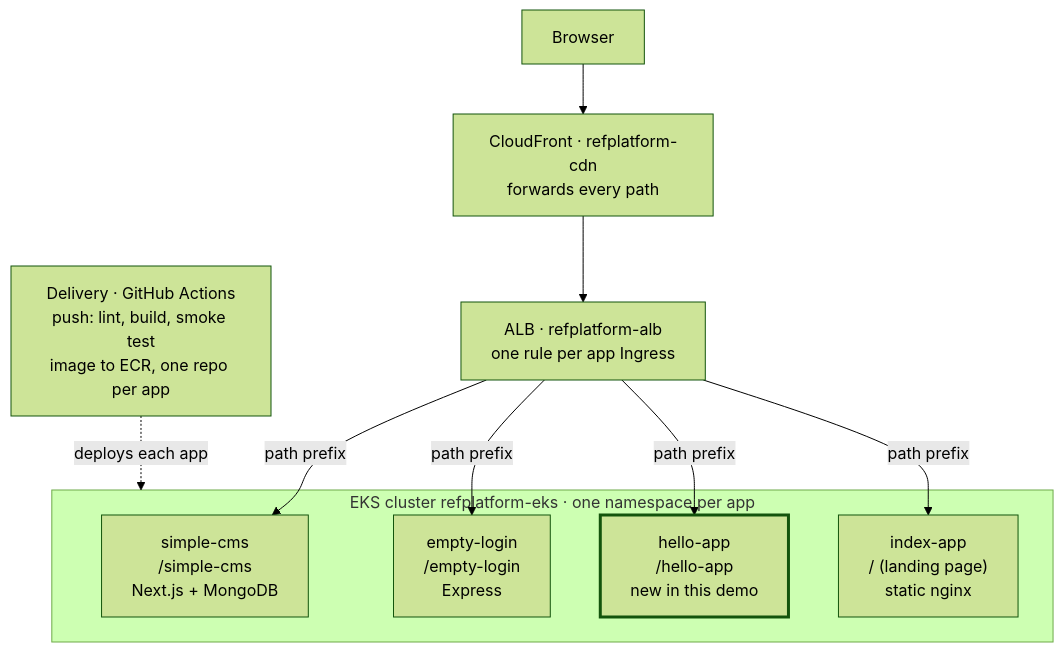
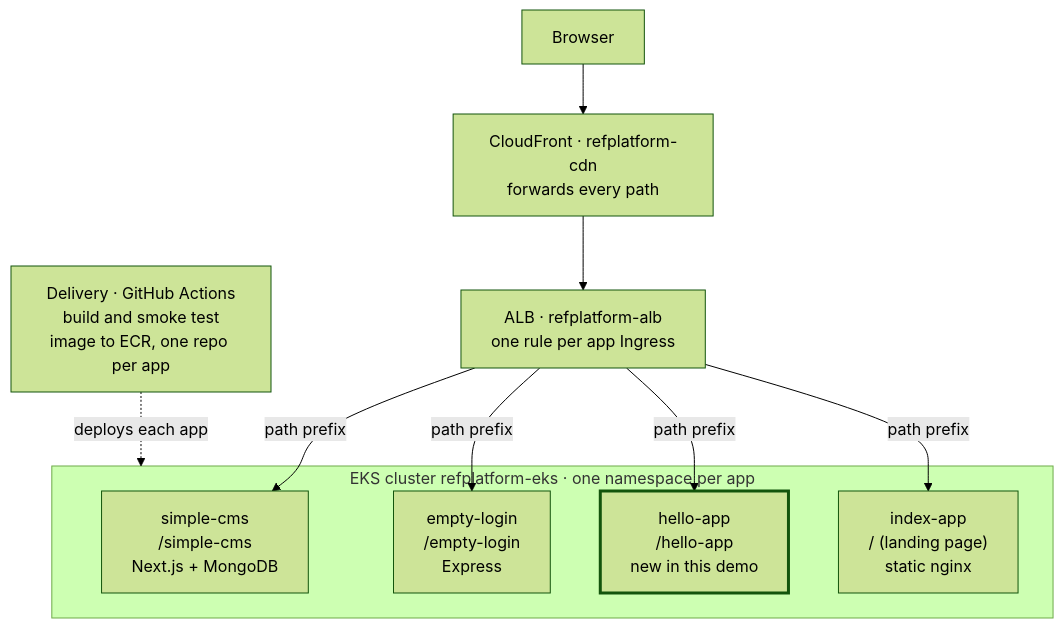
One commit to tkach-code/RefPlatform changed the diagram in doc/demo-hello-app.md. Above: the diagram before and after it, drawn with Mermaid (forest theme). The commit also changed other lines of this file and 6 other files, not shown here.

````diff
--- a/doc/demo-hello-app.md
+++ b/doc/demo-hello-app.md
@@ -21,15 +20,15 @@
 ```mermaid
 flowchart TB
     B[Browser] --> CF["CloudFront · refplatform-cdn<br/>forwards every path"]
     CF --> ALB["ALB · refplatform-alb<br/>one rule per app Ingress"]
-    GH["Delivery · GitHub Actions<br/>push: lint, build, smoke test<br/>image to ECR, one repo per app"]
+    GH["Delivery · GitHub Actions<br/>build and smoke test<br/>image to ECR, one repo per app"]
     subgraph EKS["EKS cluster refplatform-eks · one namespace per app"]
         CMS["simple-cms<br/>/simple-cms<br/>Next.js + MongoDB"]
         LOGIN["empty-login<br/>/empty-login<br/>Express"]
         HELLO["hello-app<br/>/hello-app<br/>new in this demo"]
         IDX["index-app<br/>/ (landing page)<br/>static nginx"]
     end
     ALB -- "path prefix" --> CMS & LOGIN & HELLO & IDX
     GH -. "deploys each app" .-> EKS
     style HELLO stroke-width:3px
 ```
````
